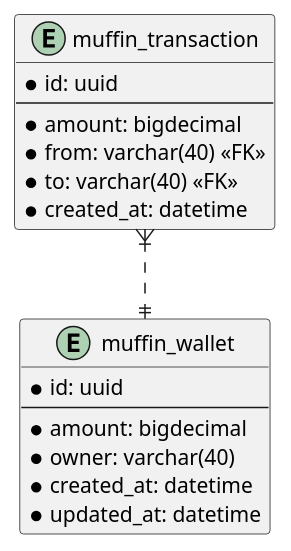
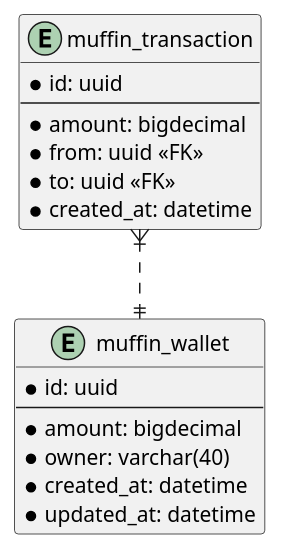
The diagram in README.md (adan1lov/muffin-wallet), drawn with PlantUML before and after one commit.

Commit message:
Add database structure doc

````diff
--- a/README.md
+++ b/README.md
@@ -5,25 +5,25 @@
 ```plantuml
 @startuml E/R
 
 entity muffin_wallet {
     * id: uuid
     --
     * amount: bigdecimal
     * owner: varchar(40)
     * created_at: datetime
     * updated_at: datetime
 }
 
 entity muffin_transaction {
     * id: uuid
     --
     * amount: bigdecimal
-    * from: varchar(40) <<FK>>
-    * to: varchar(40) <<FK>>
+    * from: uuid <<FK>>
+    * to: uuid <<FK>>
     * created_at: datetime
 }
 
 muffin_transaction }|..|| muffin_wallet
 
 @enduml
 ```
````
